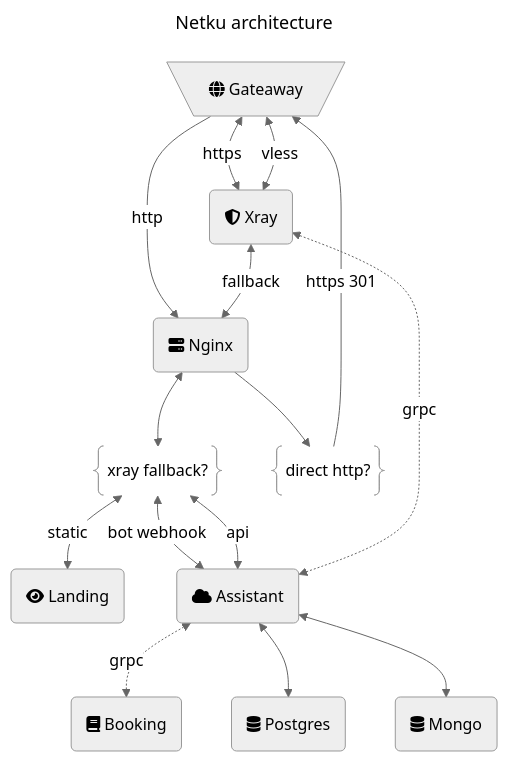
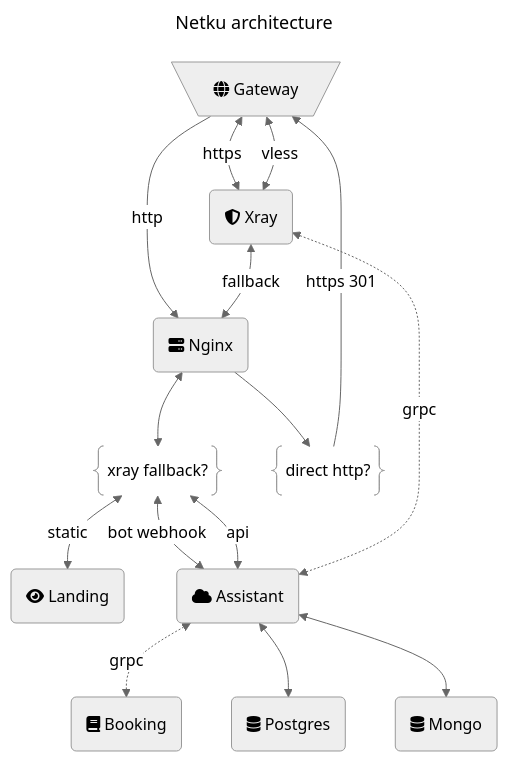
The diagram in README.md (infanasotku/netku), drawn with Mermaid (neutral theme) before and after one commit.

Commit message:
Corrected gateway label

````diff
--- a/README.md
+++ b/README.md
@@ -20,43 +20,43 @@
 ```mermaid
 ---
 title: Netku architecture
 ---
 flowchart TD
-    G@{shape: trap-t, label: "fa:fa-globe Gateaway"}
+    G@{shape: trap-t, label: "fa:fa-globe Gateway"}
 
 
     N(fa:fa-server Nginx)
     X(fa:fa-shield-halved Xray)
 
     NFallback@{ shape: braces, label: "xray fallback?"}
     Nhttp@{ shape: braces, label: "direct http?"}
 
 
     L(fa:fa-eye Landing)
     A(fa:fa-cloud Assistant)
     B(fa:fa-book Booking)
     P(fa:fa-database Postgres)
     M(fa:fa-database Mongo)
 
     G <-->|https| X
     G <--> |vless| X
 
     G -->|http| N
     X <--> |fallback| N
 
 
     N --> Nhttp
     N <--> NFallback
 
     Nhttp --> |https 301| G
 
     NFallback <--> |static| L
     NFallback <--> |bot webhook| A
     NFallback <--> |api| A
 
     A <-.-> |grpc|X
     A <-.-> |grpc|B
 
     A <--> P
     A <--> M
 ```
````
